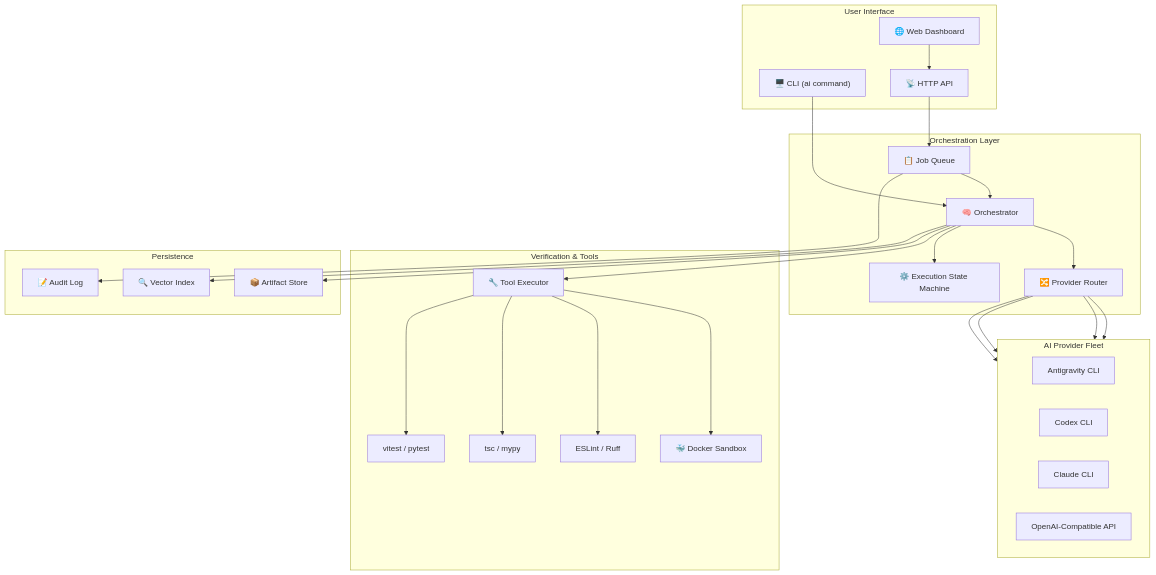
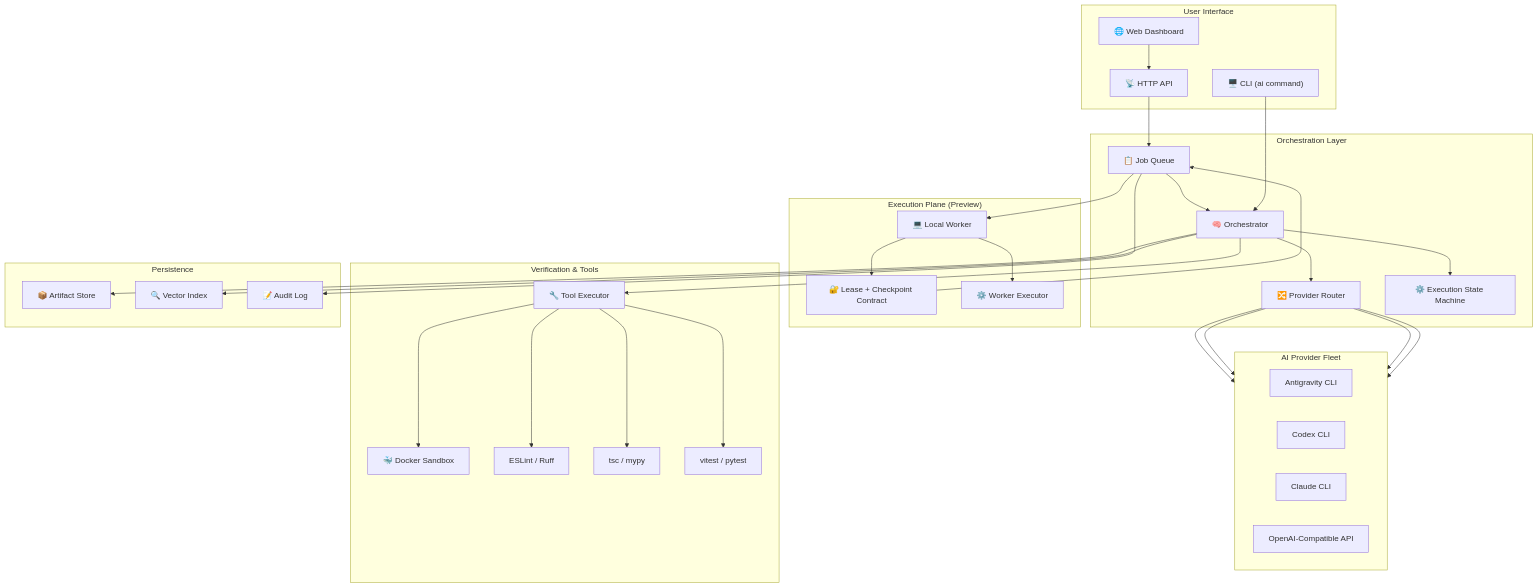
One commit to nghiant96/Orchestra-AI-Platform changed the second of 5 diagrams in README.md. Above: the diagram before and after it, drawn with Mermaid. The commit also changed other lines of this file and 5 other files, not shown here.

Commit message:
docs: update README, architecture, and CLI documentation to reflect worker preview, registration routes, and updated flags.

````diff
--- a/README.md
+++ b/README.md
@@ -47,58 +51,69 @@
 ```mermaid
 graph TD
     subgraph "User Interface"
         CLI["🖥️ CLI (ai command)"]
         Dashboard["🌐 Web Dashboard"]
         API["📡 HTTP API"]
     end
 
     subgraph "Orchestration Layer"
         Orchestrator["🧠 Orchestrator"]
         Router["🔀 Provider Router"]
         ESM["⚙️ Execution State Machine"]
         Queue["📋 Job Queue"]
+    end
+
+    subgraph "Execution Plane (Preview)"
+        Worker["💻 Local Worker"]
+        Lease["🔐 Lease + Checkpoint Contract"]
+        WorkerExec["⚙️ Worker Executor"]
     end
 
     subgraph "AI Provider Fleet"
         direction LR
         Agy["Antigravity CLI"]
         Codex["Codex CLI"]
         Claude["Claude CLI"]
         OpenAI["OpenAI-Compatible API"]
     end
 
     subgraph "Verification & Tools"
         ToolExec["🔧 Tool Executor"]
         Sandbox["🐳 Docker Sandbox"]
         Lint["ESLint / Ruff"]
         TypeCheck["tsc / mypy"]
         Tests["vitest / pytest"]
     end
 
     subgraph "Persistence"
         Artifacts["📦 Artifact Store"]
         VectorDB["🔍 Vector Index"]
         AuditLog["📝 Audit Log"]
     end
 
     CLI --> Orchestrator
     Dashboard --> API
-    API --> Queue --> Orchestrator
+    API --> Queue
+    Queue --> Orchestrator
+    Queue --> Worker
+    Worker --> Lease
+    Lease --> Queue
+    Worker --> WorkerExec
 
     Orchestrator --> Router
     Orchestrator --> ESM
     Router --> Agy
     Router --> Codex
     Router --> Claude
     Router --> OpenAI
 
     Orchestrator --> ToolExec
     ToolExec --> Sandbox
     ToolExec --> Lint
     ToolExec --> TypeCheck
     ToolExec --> Tests
 
     Orchestrator --> Artifacts
     Orchestrator --> VectorDB
     Queue --> AuditLog
 ```
````
